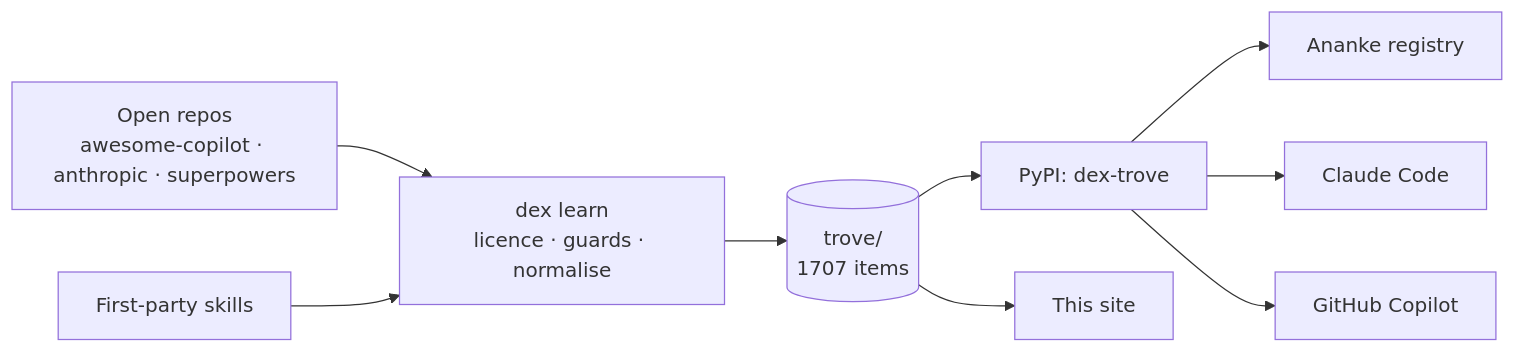
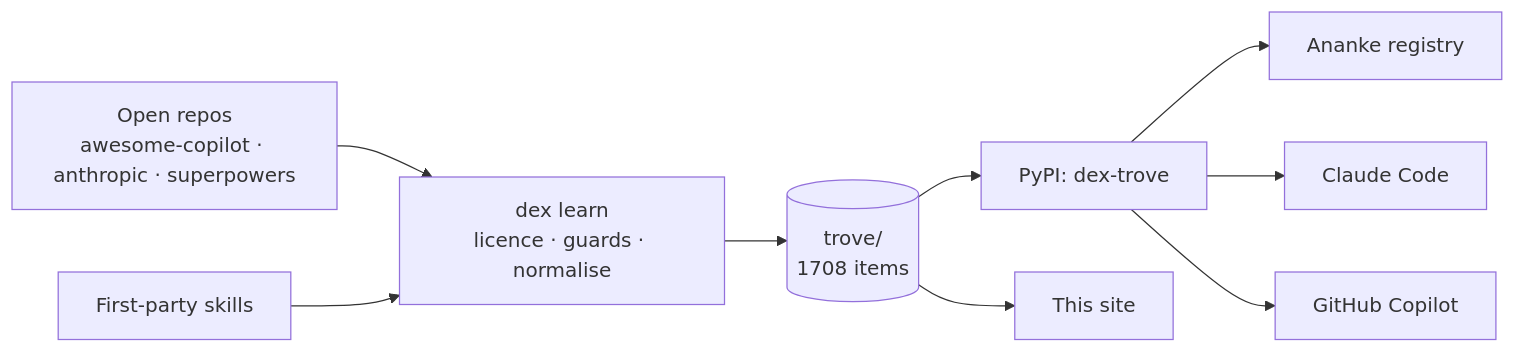
The diagram in docs/index.md (Neo-Pragnya/Dex-Trove), drawn with Mermaid before and after one commit. The commit also changed 23 other files, not shown here.

````diff
--- a/docs/index.md
+++ b/docs/index.md
@@ -17,11 +17,11 @@
 ```mermaid
 flowchart LR
   U[Open repos<br/>awesome-copilot · anthropic · superpowers] --> L[dex learn<br/>licence · guards · normalise]
   F[First-party skills] --> L
-  L --> T[(trove/<br/>1707 items)]
+  L --> T[(trove/<br/>1708 items)]
   T --> P[PyPI: dex-trove]
   P --> A[Ananke registry]
   P --> C[Claude Code]
   P --> G[GitHub Copilot]
   T --> W[This site]
 ```
````
